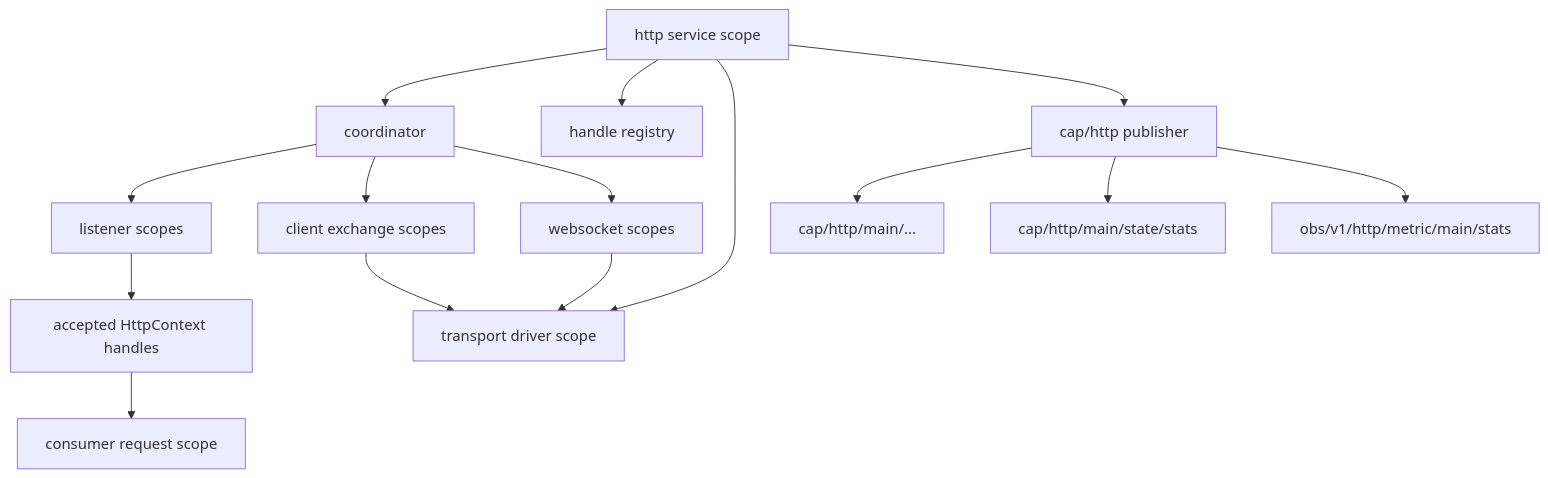
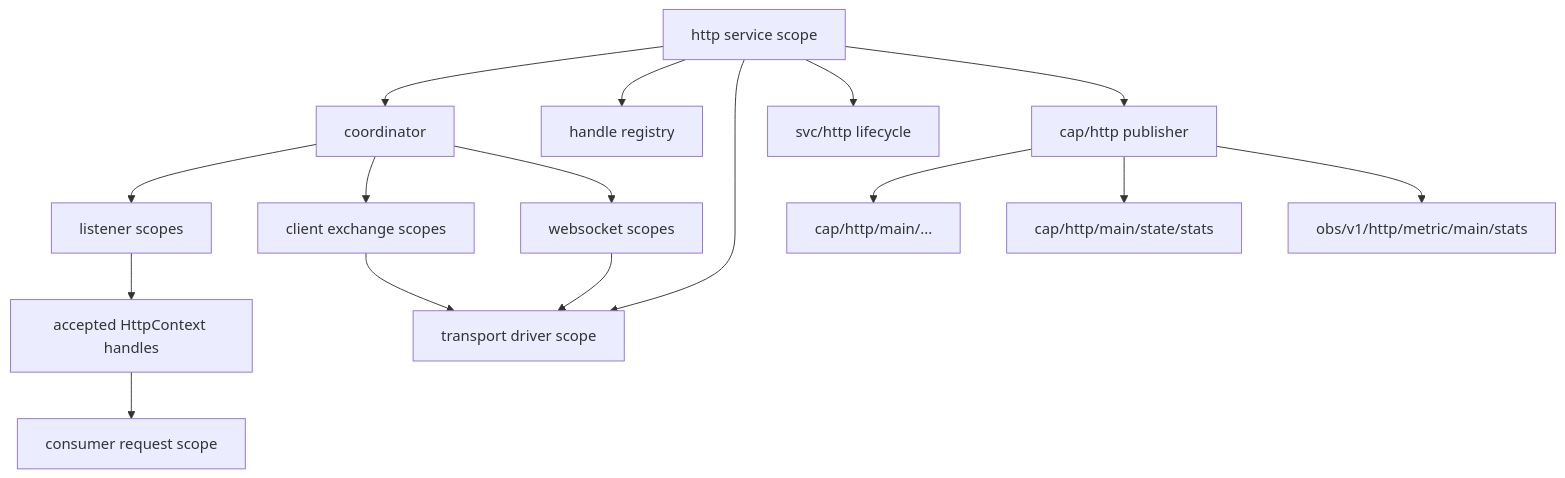
Before and after one commit to jangala-dev/devicecode-lua: the diagram in docs/specs/http.md, drawn with Mermaid. The commit also changed other lines of this file and 9 other files, not shown here.

Commit message:
cleans up http entry + lifecycle publication, ui lifecycle publication fixed

````diff
--- a/docs/specs/http.md
+++ b/docs/specs/http.md
@@ -25,20 +25,21 @@
 ```mermaid
 flowchart TD
   HttpScope["http service scope"] --> Coordinator["coordinator"]
   HttpScope --> Registry["handle registry"]
   HttpScope --> Backend["transport driver scope"]
+  HttpScope --> Lifecycle["svc/http lifecycle"]
   HttpScope --> Publisher["cap/http publisher"]
 
   Coordinator --> Listener["listener scopes"]
   Coordinator --> Exchange["client exchange scopes"]
   Coordinator --> WS["websocket scopes"]
 
   Listener --> Context["accepted HttpContext handles"]
   Context --> Consumer["consumer request scope"]
   Exchange --> Backend
   WS --> Backend
 
   Publisher --> Cap["cap/http/main/..."]
   Publisher --> Stats["cap/http/main/state/stats"]
   Publisher --> Obs["obs/v1/http/metric/main/stats"]
 ```
````
